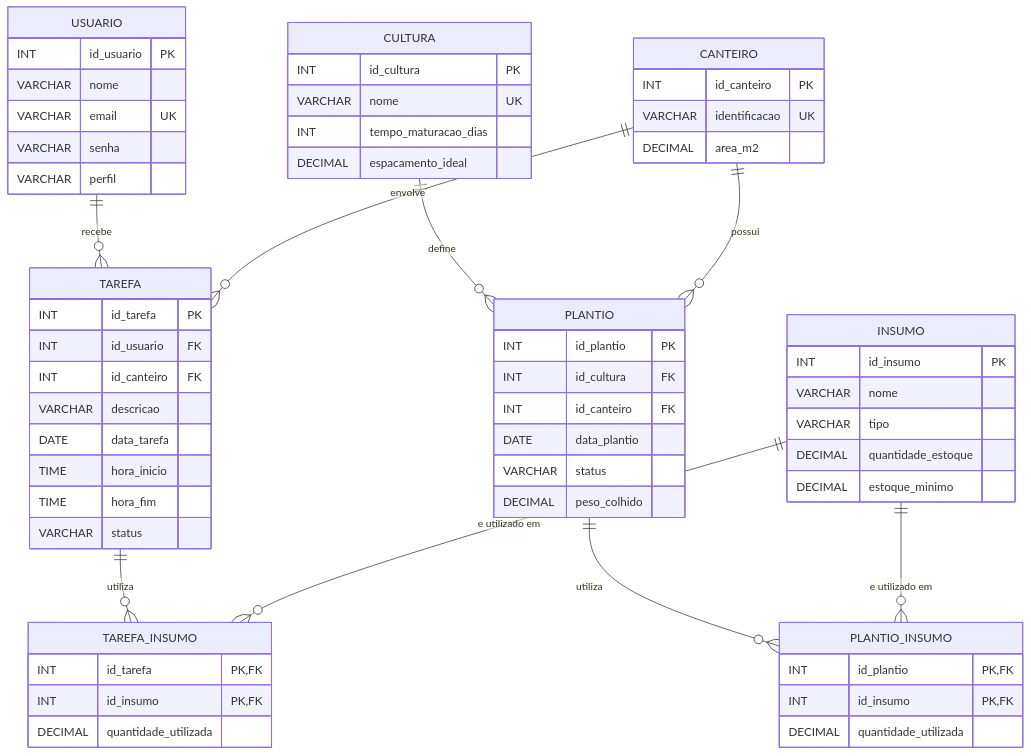
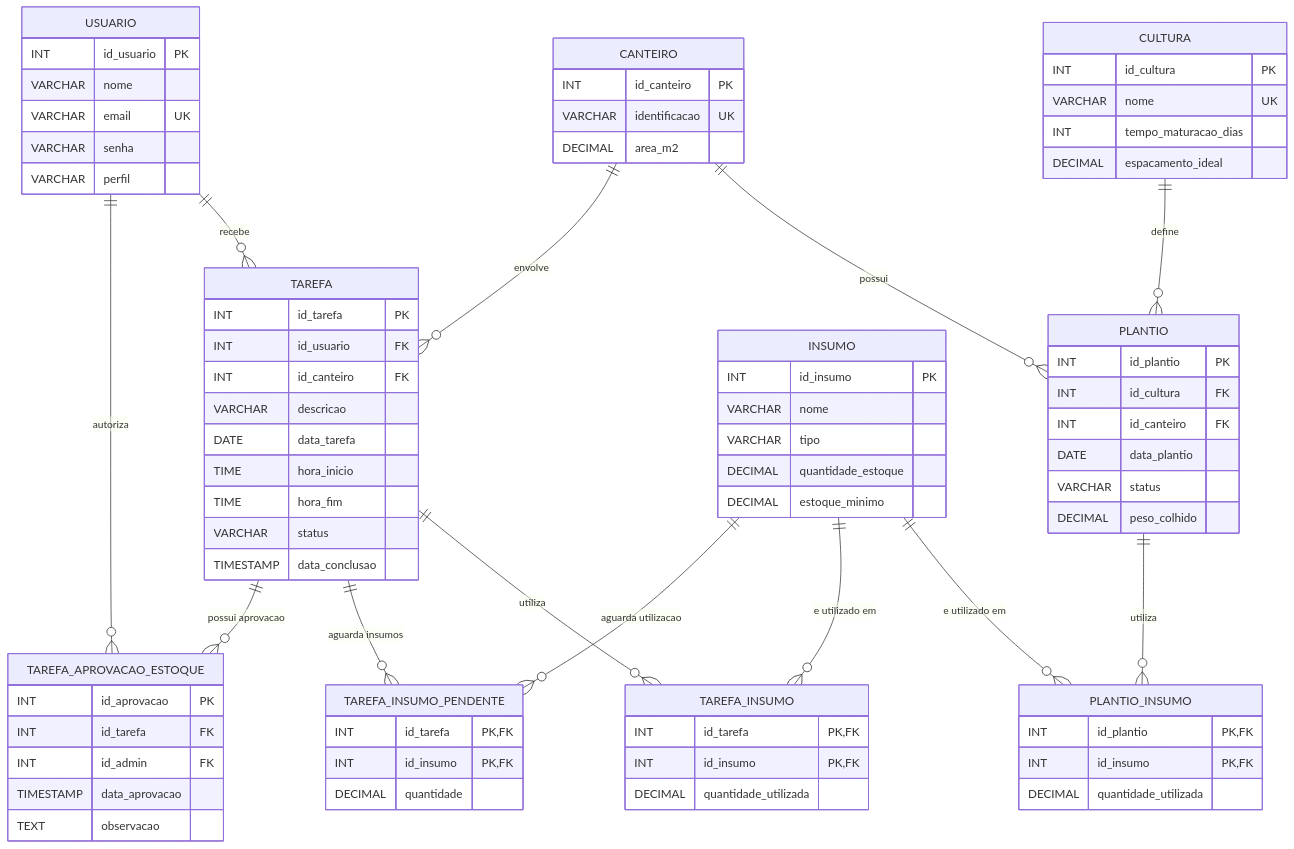
One commit to pedro-villela/hortaFamiliar changed the diagram in docs/der.md. Above: the diagram before and after it, drawn with Mermaid. The commit also changed other lines of this file and 14 other files, not shown here.

````diff
--- a/docs/der.md
+++ b/docs/der.md
@@ -6,20 +6,22 @@
 erDiagram
 
     USUARIO ||--o{ TAREFA : "recebe"
+    USUARIO ||--o{ TAREFA_APROVACAO_ESTOQUE : "autoriza"
 
     CULTURA ||--o{ PLANTIO : "define"
-
     CANTEIRO ||--o{ PLANTIO : "possui"
-
     CANTEIRO ||--o{ TAREFA : "envolve"
 
     PLANTIO ||--o{ PLANTIO_INSUMO : "utiliza"
-
     INSUMO ||--o{ PLANTIO_INSUMO : "e utilizado em"
 
     TAREFA ||--o{ TAREFA_INSUMO : "utiliza"
+    INSUMO ||--o{ TAREFA_INSUMO : "e utilizado em"
 
-    INSUMO ||--o{ TAREFA_INSUMO : "e utilizado em"
+    TAREFA ||--o{ TAREFA_INSUMO_PENDENTE : "aguarda insumos"
+    INSUMO ||--o{ TAREFA_INSUMO_PENDENTE : "aguarda utilizacao"
+
+    TAREFA ||--o{ TAREFA_APROVACAO_ESTOQUE : "possui aprovacao"
 
     USUARIO {
         INT id_usuario PK
@@ -68,6 +70,7 @@
         TIME hora_inicio
         TIME hora_fim
         VARCHAR status
+        TIMESTAMP data_conclusao
     }
 
     PLANTIO_INSUMO {
@@ -81,4 +84,18 @@
         INT id_insumo PK, FK
         DECIMAL quantidade_utilizada
     }
+
+    TAREFA_INSUMO_PENDENTE {
+        INT id_tarefa PK, FK
+        INT id_insumo PK, FK
+        DECIMAL quantidade
+    }
+
+    TAREFA_APROVACAO_ESTOQUE {
+        INT id_aprovacao PK
+        INT id_tarefa FK
+        INT id_admin FK
+        TIMESTAMP data_aprovacao
+        TEXT observacao
+    }
 ```
````
